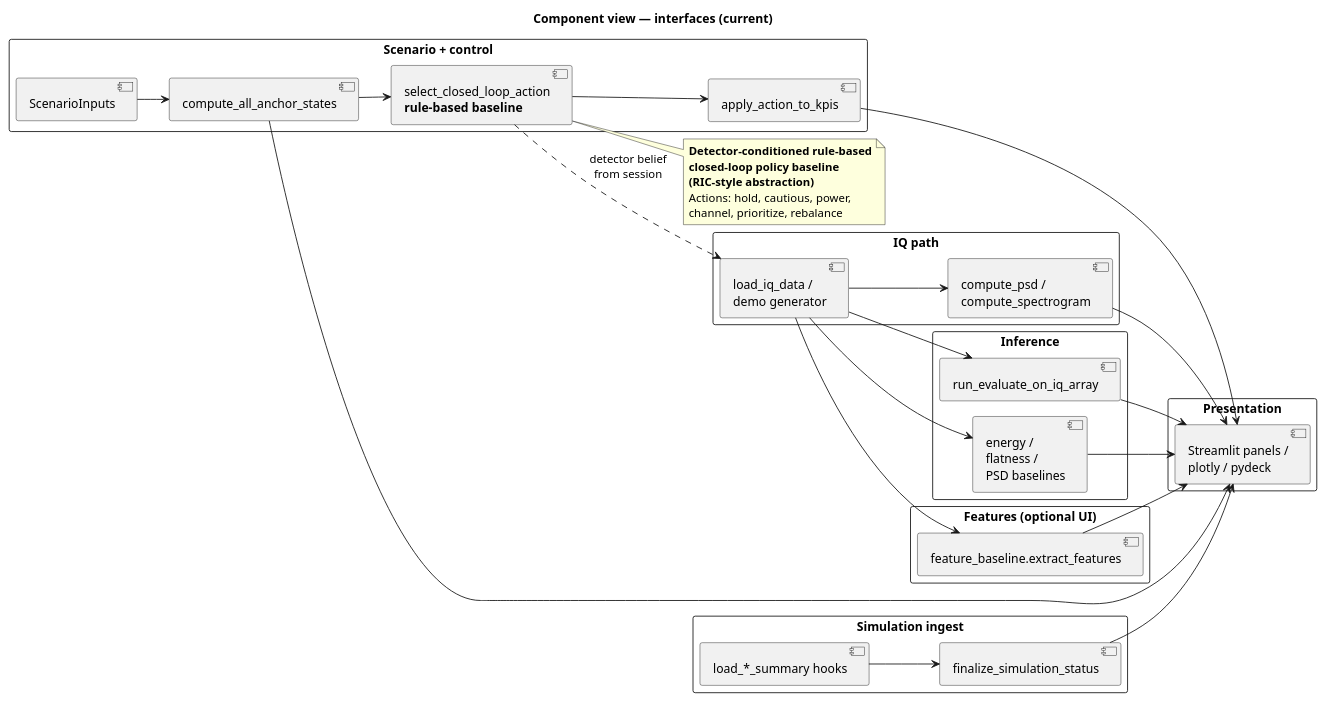
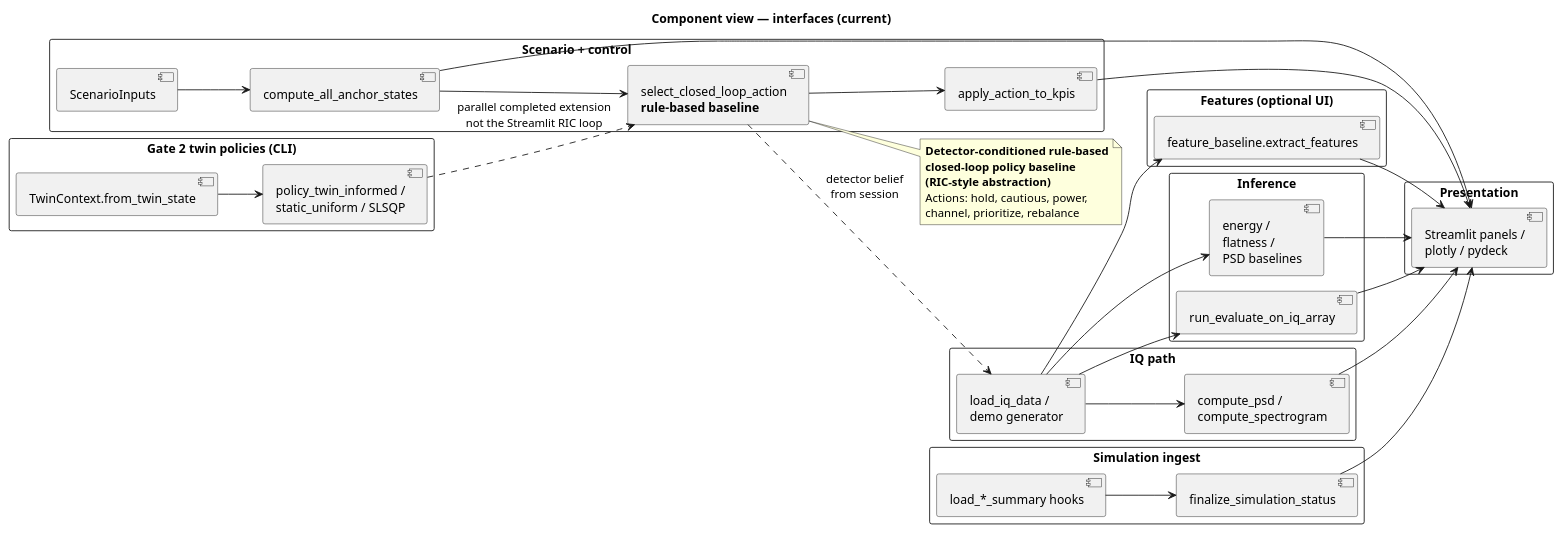
Before and after one commit to gunnchOS3k/spectrumx-ai-ran-gary: the diagram in docs/uml/component_view_current.puml, drawn with PlantUML. The commit also changed 21 other files, not shown here.

First line of the commit message:
Audit current UML against Gate 2 and keep the controller rule-based.

```diff
--- a/docs/uml/component_view_current.puml
+++ b/docs/uml/component_view_current.puml
@@ -1,64 +1,72 @@
 @startuml component_view_current
 !pragma layout smetana
 title Component view — interfaces (current)
 
 left to right direction
 
 rectangle "IQ path" {
   [load_iq_data /\ndemo generator] as iq
   [compute_psd /\ncompute_spectrogram] as sig
 }
 
 rectangle "Inference" {
   [run_evaluate_on_iq_array] as ev
   [energy /\nflatness /\nPSD baselines] as base
 }
 
 rectangle "Features (optional UI)" {
   [feature_baseline.extract_features] as feat
 }
 
 rectangle "Scenario + control" {
   [ScenarioInputs] as si
   [compute_all_anchor_states] as cas
   [select_closed_loop_action\n**rule-based baseline**] as pol
   [apply_action_to_kpis] as kpi
 }
 
 rectangle "Simulation ingest" {
   [load_*_summary hooks] as lh
   [finalize_simulation_status] as fin
 }
 
 rectangle "Presentation" {
   [Streamlit panels /\nplotly / pydeck] as ui
 }
 
+rectangle "Gate 2 twin policies (CLI)" {
+  [TwinContext.from_twin_state] as tc
+  [policy_twin_informed /\nstatic_uniform / SLSQP] as g2p
+}
+
 iq --> ev
 iq --> base
 iq --> sig
 iq --> feat
 ev --> ui
 base --> ui
 sig --> ui
 feat --> ui
 
 si --> cas
 cas --> pol
 pol --> kpi
 cas --> ui
 kpi --> ui
 
+tc --> g2p
+g2p ..> pol : parallel completed extension\nnot the Streamlit RIC loop
+
 lh --> fin
 fin --> ui
 pol ..> iq : detector belief\nfrom session
 
 note right of pol
   **Detector-conditioned rule-based**
   **closed-loop policy baseline**
   **(RIC-style abstraction)**
   Actions: hold, cautious, power,
   channel, prioritize, rebalance
 end note
 
 @enduml
```
